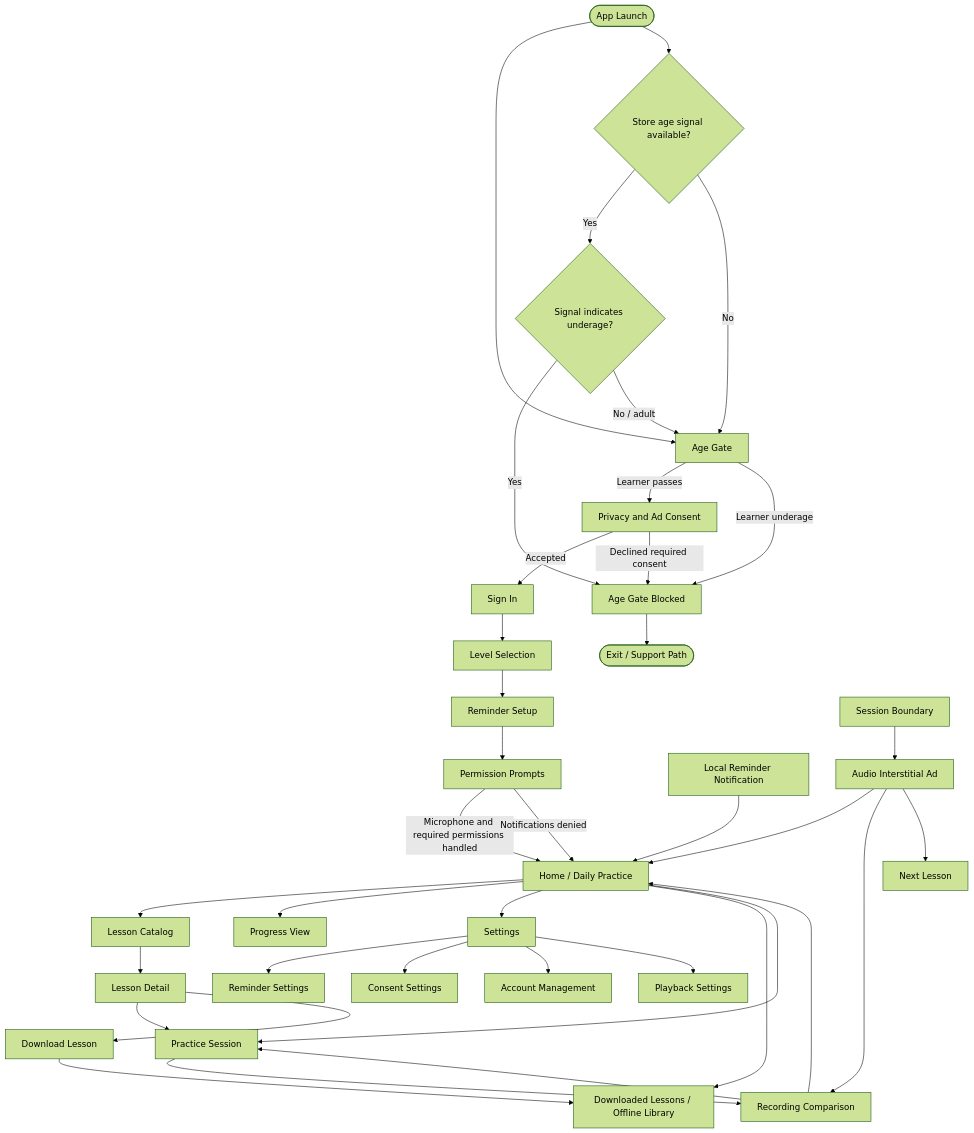
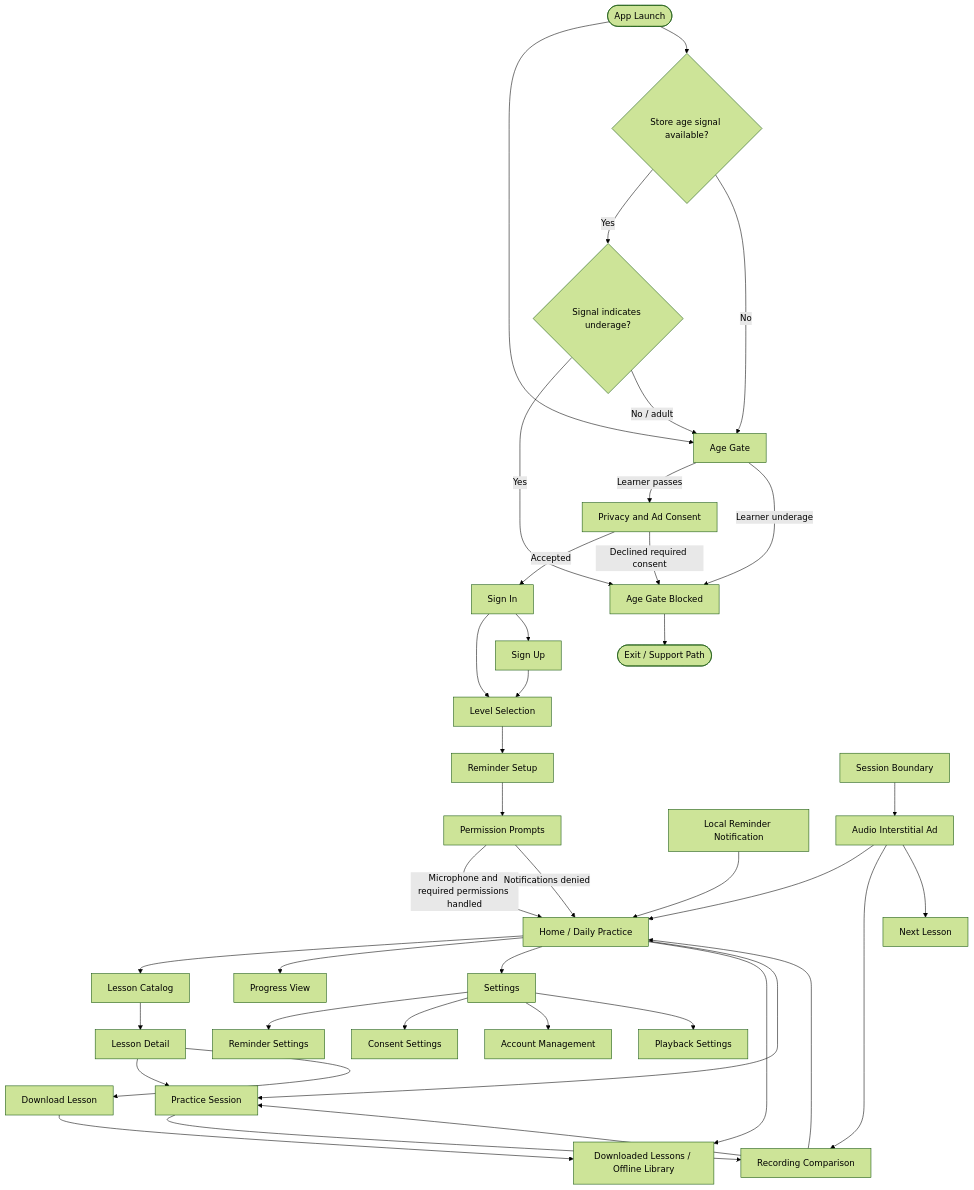
One commit to minhhieu1/ShadowSpeak changed the first of 12 diagrams in specs/03-ux-ui-design/01-User-Flow-Diagram.md. Above: the diagram before and after it, drawn with Mermaid (forest theme). The commit also changed other lines of this file and 44 other files, not shown here.

````diff
--- a/specs/03-ux-ui-design/01-User-Flow-Diagram.md
+++ b/specs/03-ux-ui-design/01-User-Flow-Diagram.md
@@ -33,40 +33,42 @@
 ```mermaid
 flowchart TD
     Launch([App Launch]) --> AgeGate[Age Gate]
     Launch --> StoreAge{Store age signal available?}
     StoreAge -->|Yes| Signal{Signal indicates underage?}
     StoreAge -->|No| AgeGate
     Signal -->|Yes| Blocked[Age Gate Blocked]
     Signal -->|No / adult| AgeGate
     AgeGate -->|Learner passes| Consent[Privacy and Ad Consent]
     AgeGate -->|Learner underage| Blocked
     Consent -->|Accepted| SignIn[Sign In]
     Consent -->|Declined required consent| Blocked
     SignIn --> Level[Level Selection]
+    SignIn --> SignUp[Sign Up]
+    SignUp --> Level[Level Selection]
     Level --> Reminder[Reminder Setup]
     Reminder --> Perms[Permission Prompts]
     Perms -->|Microphone and required permissions handled| Home[Home / Daily Practice]
     Perms -->|Notifications denied| Home
     Home --> Catalog[Lesson Catalog]
     Home --> Progress[Progress View]
     Home --> Settings[Settings]
     Home --> Downloads[Downloaded Lessons / Offline Library]
     Home --> Practice[Practice Session]
     Catalog --> Detail[Lesson Detail]
     Detail --> Practice
     Detail --> Download[Download Lesson]
     Download --> Downloads
     Practice --> Compare[Recording Comparison]
     Compare --> Home
     Compare --> Practice
     Settings --> ReminderSettings[Reminder Settings]
     Settings --> ConsentSettings[Consent Settings]
     Settings --> Account[Account Management]
     Settings --> Playback[Playback Settings]
     Notification[Local Reminder Notification] --> Home
     AdBoundary[Session Boundary] --> Ad[Audio Interstitial Ad]
     Ad --> Home
     Ad --> Compare
     Ad --> NextLesson[Next Lesson]
     Blocked --> Exit([Exit / Support Path])
 ```
````
